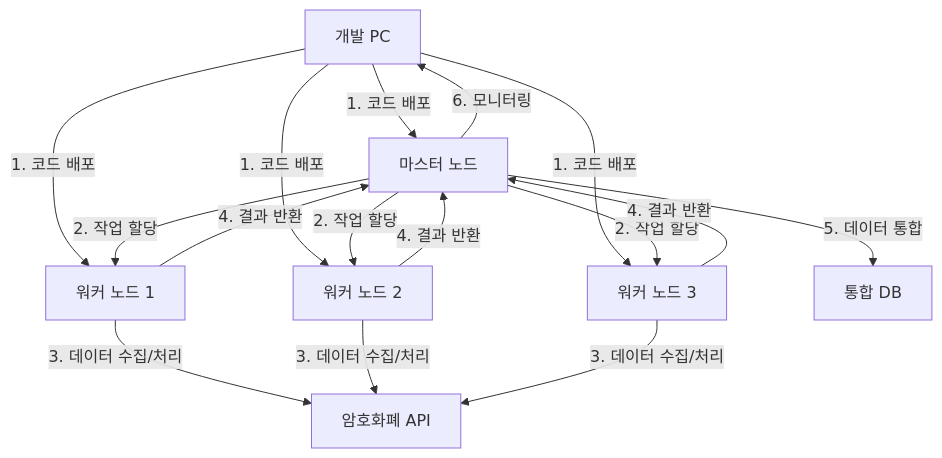
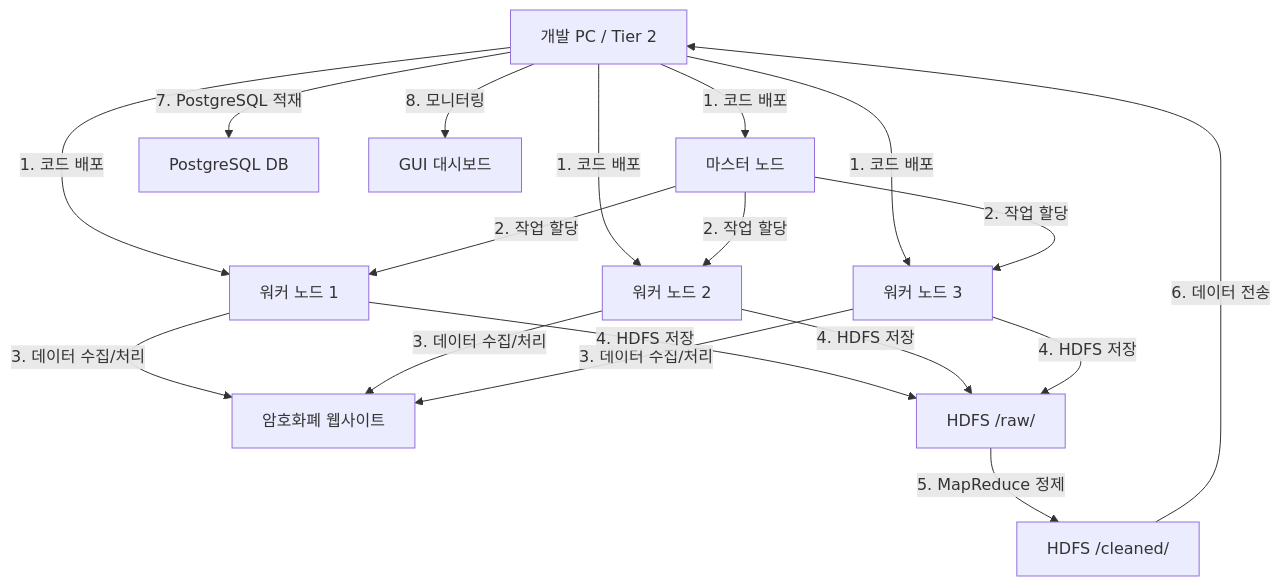
Before and after one commit to junexi0828/Big-Data-Crawling: the diagram in PICU/PICU_docs/02_Design_and_Architecture/01_Software_Architecture_Design/실습통합클러스터구성.md, drawn with Mermaid. The commit also changed other lines of this file and 41 other files, not shown here.

````diff
--- a/PICU/PICU_docs/02_Design_and_Architecture/01_Software_Architecture_Design/실습통합클러스터구성.md
+++ b/PICU/PICU_docs/02_Design_and_Architecture/01_Software_Architecture_Design/실습통합클러스터구성.md
@@ -98,23 +127,25 @@
 ```mermaid
 graph TD
-    A[개발 PC] -->|1. 코드 배포| B[마스터 노드]
+    A[개발 PC / Tier 2] -->|1. 코드 배포| B[마스터 노드]
     A -->|1. 코드 배포| C[워커 노드 1]
     A -->|1. 코드 배포| D[워커 노드 2]
     A -->|1. 코드 배포| E[워커 노드 3]
 
     B -->|2. 작업 할당| C
     B -->|2. 작업 할당| D
     B -->|2. 작업 할당| E
 
-    C -->|3. 데이터 수집/처리| F[암호화폐 API]
+    C -->|3. 데이터 수집/처리| F[암호화폐 웹사이트]
     D -->|3. 데이터 수집/처리| F
     E -->|3. 데이터 수집/처리| F
 
-    C -->|4. 결과 반환| B
-    D -->|4. 결과 반환| B
-    E -->|4. 결과 반환| B
+    C -->|4. HDFS 저장| G[HDFS /raw/]
+    D -->|4. HDFS 저장| G
+    E -->|4. HDFS 저장| G
 
-    B -->|5. 데이터 통합| G[통합 DB]
-    B -->|6. 모니터링| A
+    G -->|5. MapReduce 정제| H[HDFS /cleaned/]
 
+    H -->|6. 데이터 전송| A
+    A -->|7. PostgreSQL 적재| I[PostgreSQL DB]
+    A -->|8. 모니터링| J[GUI 대시보드]
 ```
````
